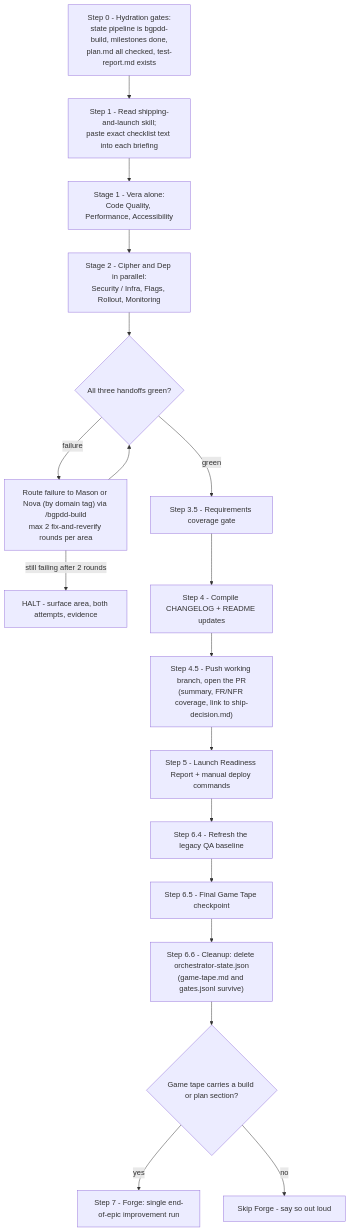
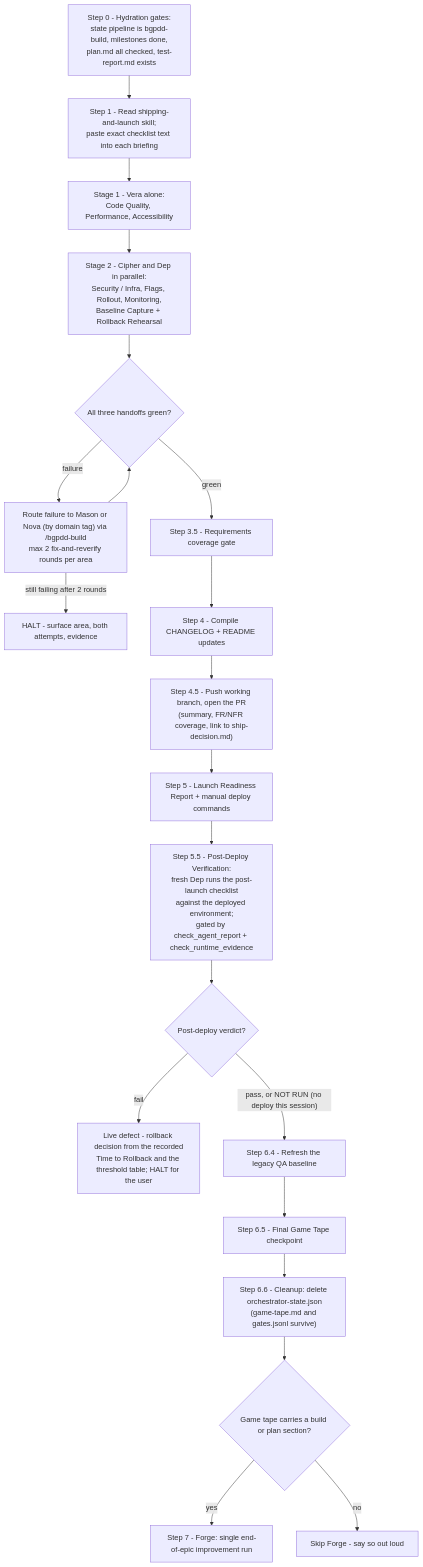
One commit to MuhammadShaharyarNaeem/blackgoat-agentskills changed the sixth of 7 diagrams in README.md. Above: the diagram before and after it, drawn with Mermaid. The commit also changed other lines of this file and 15 other files, not shown here.

````diff
--- a/README.md
+++ b/README.md
@@ -303,26 +303,32 @@
 ```mermaid
 flowchart TD
     S0["Step 0 - Hydration gates:<br/>state pipeline is bgpdd-build, milestones done,<br/>plan.md all checked, test-report.md exists"]
     S1["Step 1 - Read shipping-and-launch skill;<br/>paste exact checklist text into each briefing"]
     ST1["Stage 1 - Vera alone:<br/>Code Quality, Performance, Accessibility"]
-    ST2["Stage 2 - Cipher and Dep in parallel:<br/>Security / Infra, Flags, Rollout, Monitoring"]
+    ST2["Stage 2 - Cipher and Dep in parallel:<br/>Security / Infra, Flags, Rollout, Monitoring,<br/>Baseline Capture + Rollback Rehearsal"]
     S3{"All three handoffs green?"}
     FIX["Route failure to Mason or Nova (by domain tag) via /bgpdd-build<br/>max 2 fix-and-reverify rounds per area"]
     HALT["HALT - surface area, both attempts, evidence"]
     S35["Step 3.5 - Requirements coverage gate"]
     S4["Step 4 - Compile CHANGELOG + README updates"]
     S45["Step 4.5 - Push working branch, open the PR<br/>(summary, FR/NFR coverage, link to ship-decision.md)"]
     S5["Step 5 - Launch Readiness Report + manual deploy commands"]
+    S55["Step 5.5 - Post-Deploy Verification:<br/>fresh Dep runs the post-launch checklist<br/>against the deployed environment;<br/>gated by check_agent_report + check_runtime_evidence"]
+    S55F{"Post-deploy verdict?"}
+    S55R["Live defect - rollback decision from the recorded<br/>Time to Rollback and the threshold table; HALT for the user"]
     S64["Step 6.4 - Refresh the legacy QA baseline"]
     S65["Step 6.5 - Final Game Tape checkpoint"]
     S66["Step 6.6 - Cleanup: delete orchestrator-state.json<br/>(game-tape.md and gates.jsonl survive)"]
     S7G{"Game tape carries a build or plan section?"}
     S7["Step 7 - Forge: single end-of-epic improvement run"]
     S7SKIP["Skip Forge - say so out loud"]
     S0 --> S1 --> ST1 --> ST2 --> S3
     S3 -- "failure" --> FIX --> S3
     FIX -- "still failing after 2 rounds" --> HALT
-    S3 -- "green" --> S35 --> S4 --> S45 --> S5 --> S64 --> S65 --> S66 --> S7G
+    S3 -- "green" --> S35 --> S4 --> S45 --> S5 --> S55 --> S55F
+    S55F -- "pass, or NOT RUN (no deploy this session)" --> S64
+    S55F -- "fail" --> S55R
+    S64 --> S65 --> S66 --> S7G
     S7G -- "yes" --> S7
     S7G -- "no" --> S7SKIP
 ```
````
